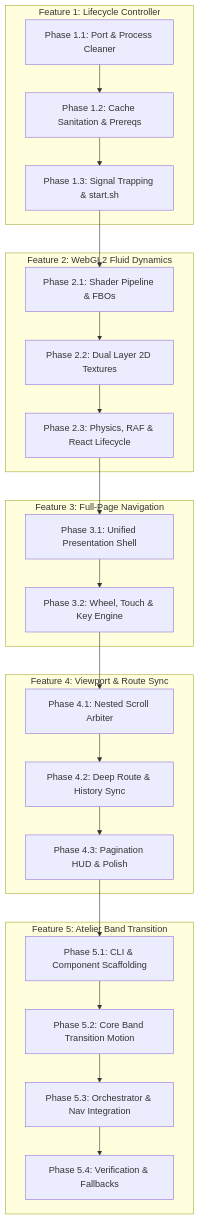
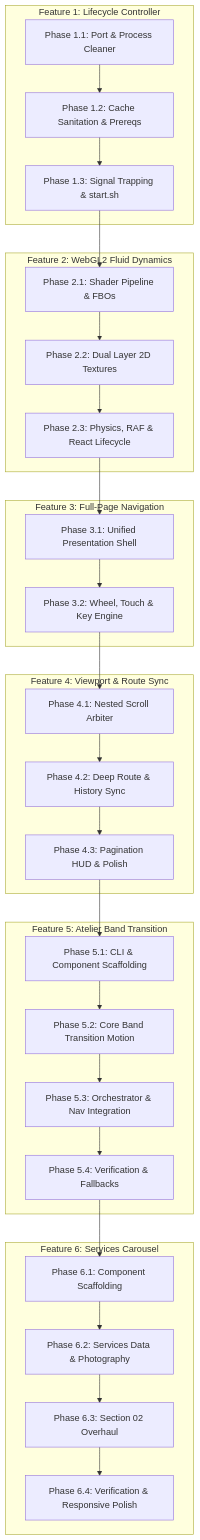
The diagram in docs/PLAN.md (Dwelov/green-electronics), drawn with Mermaid before and after one commit. The commit also changed other lines of this file and 2 other files, not shown here.

Commit message:
added the plan for the final feature of the app

````diff
--- a/docs/PLAN.md
+++ b/docs/PLAN.md
@@ -13,32 +13,39 @@
 ```mermaid
 flowchart TD
     subgraph Feature 1: Lifecycle Controller
         P1_1["Phase 1.1: Port & Process Cleaner"] --> P1_2["Phase 1.2: Cache Sanitation & Prereqs"]
         P1_2 --> P1_3["Phase 1.3: Signal Trapping & start.sh"]
     end
 
     subgraph Feature 2: WebGL2 Fluid Dynamics
         P2_1["Phase 2.1: Shader Pipeline & FBOs"] --> P2_2["Phase 2.2: Dual Layer 2D Textures"]
         P2_2 --> P2_3["Phase 2.3: Physics, RAF & React Lifecycle"]
     end
 
     subgraph Feature 3: Full-Page Navigation
         P3_1["Phase 3.1: Unified Presentation Shell"] --> P3_2["Phase 3.2: Wheel, Touch & Key Engine"]
     end
 
     subgraph Feature 4: Viewport & Route Sync
         P4_1["Phase 4.1: Nested Scroll Arbiter"] --> P4_2["Phase 4.2: Deep Route & History Sync"]
         P4_2 --> P4_3["Phase 4.3: Pagination HUD & Polish"]
     end
 
     subgraph Feature 5: Atelier Band Transition
         P5_1["Phase 5.1: CLI & Component Scaffolding"] --> P5_2["Phase 5.2: Core Band Transition Motion"]
         P5_2 --> P5_3["Phase 5.3: Orchestrator & Nav Integration"]
         P5_3 --> P5_4["Phase 5.4: Verification & Fallbacks"]
     end
 
+    subgraph Feature 6: Services Carousel
+        P6_1["Phase 6.1: Component Scaffolding"] --> P6_2["Phase 6.2: Services Data & Photography"]
+        P6_2 --> P6_3["Phase 6.3: Section 02 Overhaul"]
+        P6_3 --> P6_4["Phase 6.4: Verification & Responsive Polish"]
+    end
+
     P1_3 --> P2_1
     P2_3 --> P3_1
     P3_2 --> P4_1
     P4_3 --> P5_1
+    P5_4 --> P6_1
 ```
````
